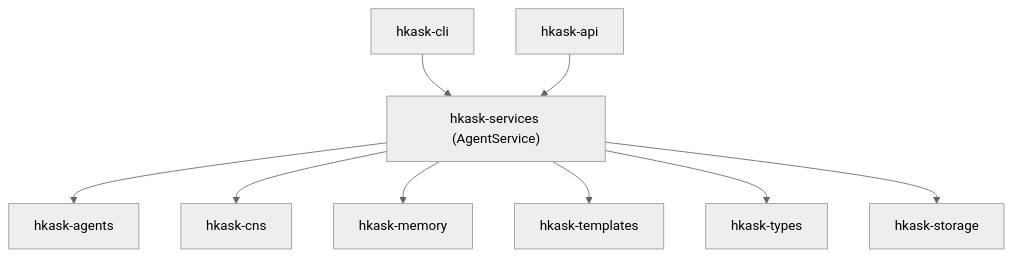
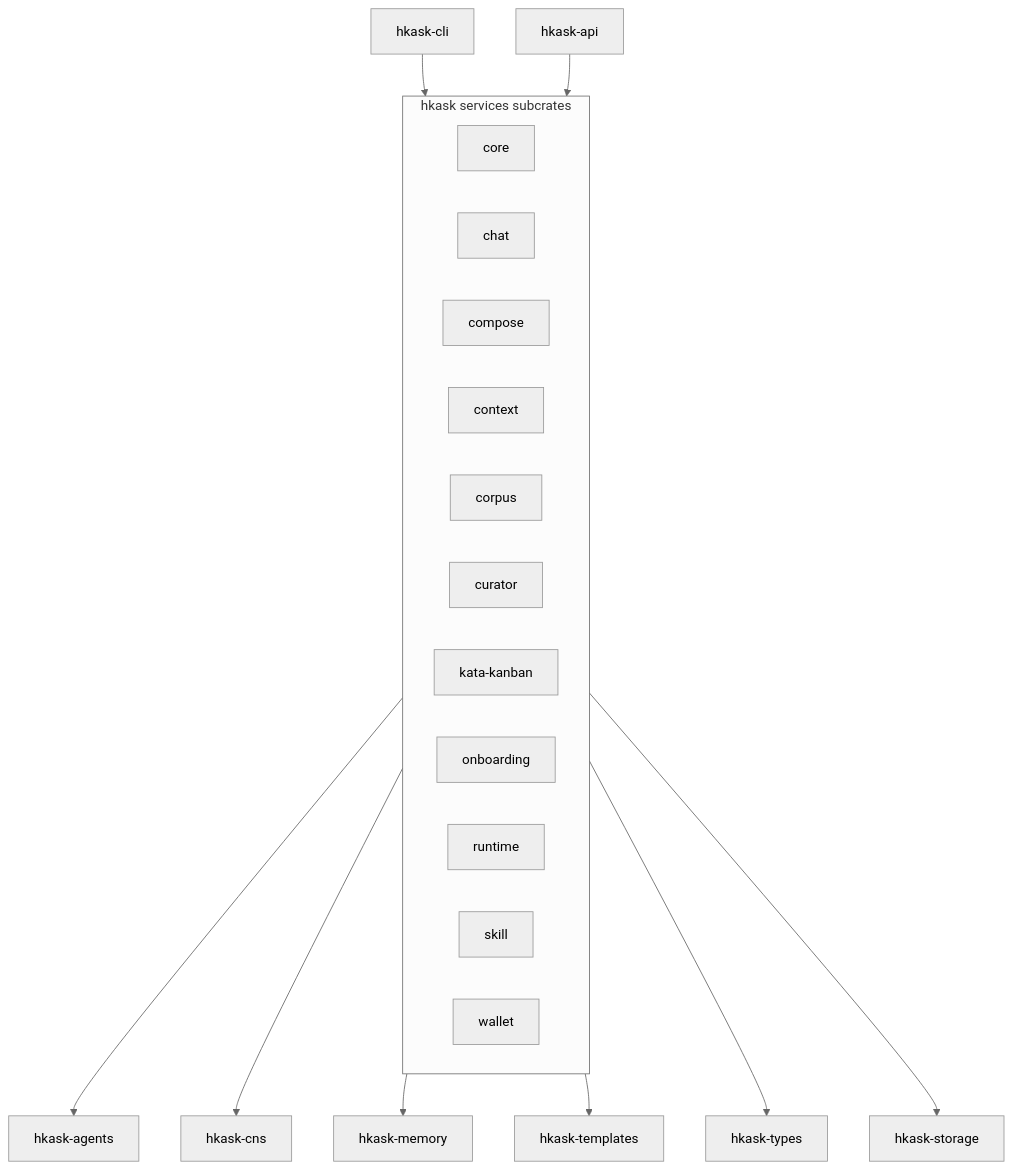
Before and after one commit to mdz-axo/hKask: the diagram in docs/architecture/core/MDS.md, drawn with Mermaid (neutral theme). The commit also changed other lines of this file and 44 other files, not shown here.

Commit message:
Disambiguate memory access and extract CnsStoragePort trait and sync docs with code

````diff
--- a/docs/architecture/core/MDS.md
+++ b/docs/architecture/core/MDS.md
@@ -575,14 +593,26 @@
 ```mermaid
 graph TD
     CLI["hkask-cli"]
     API["hkask-api"]
-    SVC["hkask-services (AgentService)"]
-    CLI --> SVC
-    API --> SVC
-    SVC --> AGENTS[hkask-agents]
-    SVC --> CNS[hkask-cns]
-    SVC --> MEM[hkask-memory]
-    SVC --> TEMPLATES[hkask-templates]
-    SVC --> TYPES[hkask-types]
-    SVC --> STORAGE[hkask-storage]
+    subgraph SERVICES["hkask services subcrates"]
+        CORE[core]
+        CHAT[chat]
+        COMPOSE[compose]
+        CONTEXT[context]
+        CORPUS[corpus]
+        CURATOR[curator]
+        KATA[kata-kanban]
+        ONBOARD[onboarding]
+        RUNTIME[runtime]
+        SKILL[skill]
+        WALLET[wallet]
+    end
+    CLI --> SERVICES
+    API --> SERVICES
+    SERVICES --> AGENTS[hkask-agents]
+    SERVICES --> CNS[hkask-cns]
+    SERVICES --> MEM[hkask-memory]
+    SERVICES --> TEMPLATES[hkask-templates]
+    SERVICES --> TYPES[hkask-types]
+    SERVICES --> STORAGE[hkask-storage]
 ```
````
